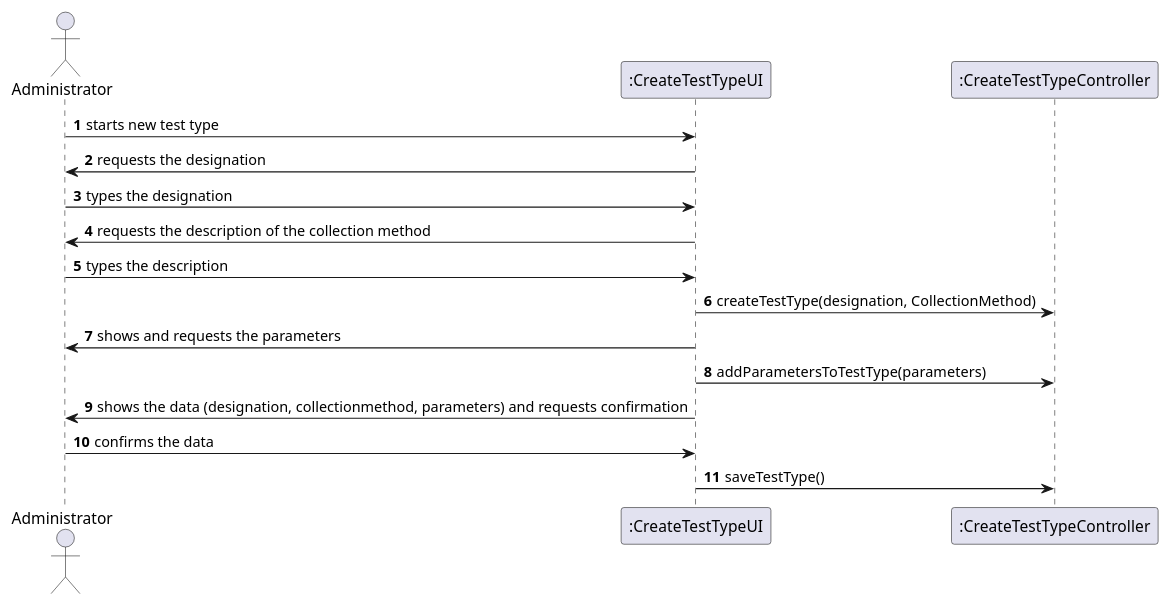
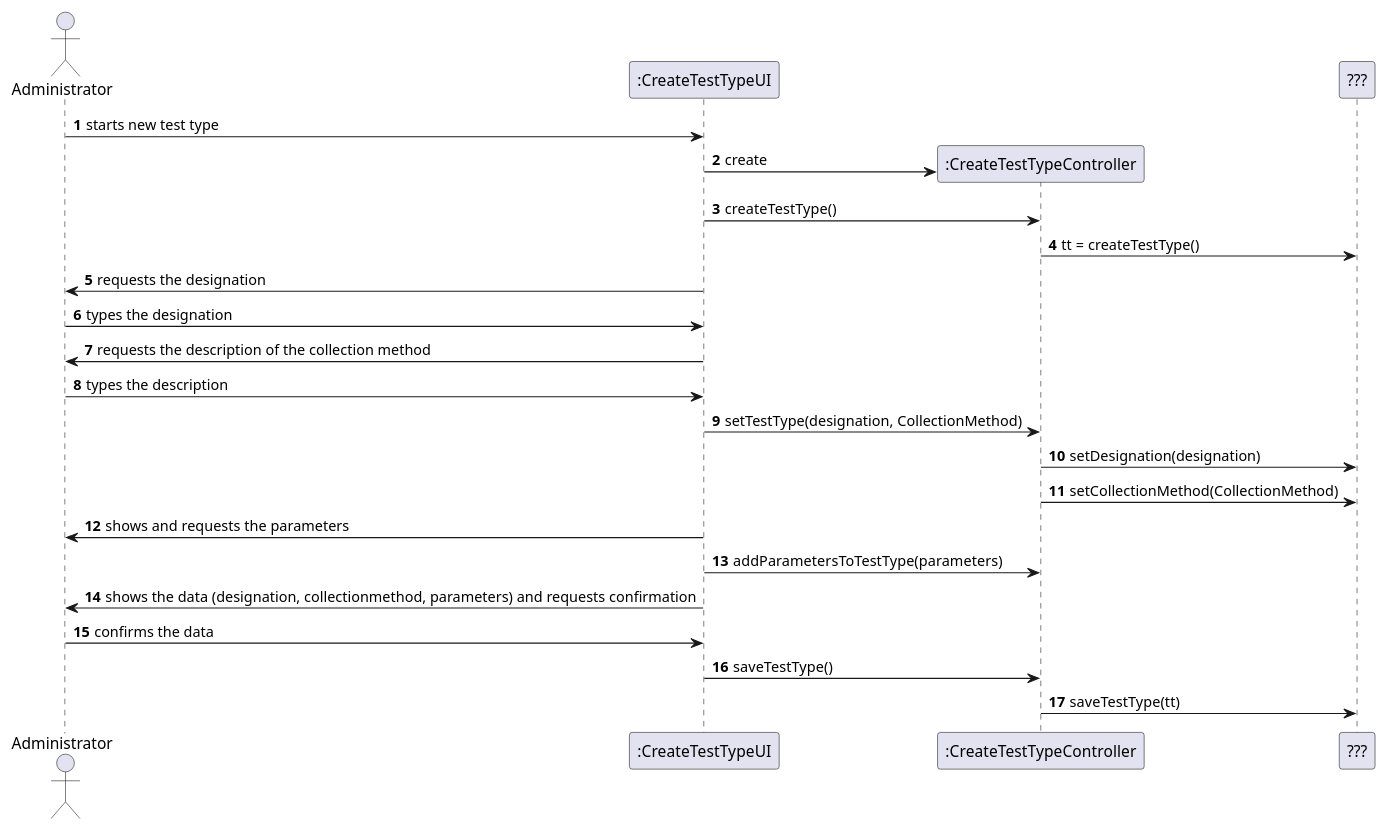
Before and after one commit to MadDinosaur/ISEP-LAPR2: the diagram in docs/SprintB/US9/US9_SD.puml, drawn with PlantUML. The commit also changed 1 other file, not shown here.

Commit message:
Made more changes to the domaind model and the sequence diagram.

```diff
--- a/docs/SprintB/US9/US9_SD.puml
+++ b/docs/SprintB/US9/US9_SD.puml
@@ -1,25 +1,36 @@
 @startuml
 
 
 autonumber
 
 actor Administrator
 
 Administrator -> ":CreateTestTypeUI": starts new test type
+create ":CreateTestTypeController"
+":CreateTestTypeUI" -> ":CreateTestTypeController": create
+":CreateTestTypeUI" -> ":CreateTestTypeController": createTestType()
+":CreateTestTypeController" -> "???": tt = createTestType()
+
 ":CreateTestTypeUI" -> Administrator: requests the designation
 Administrator -> ":CreateTestTypeUI": types the designation
 ":CreateTestTypeUI" -> Administrator: requests the description of the collection method
 Administrator -> ":CreateTestTypeUI": types the description
 
-":CreateTestTypeUI" -> ":CreateTestTypeController": createTestType(designation, CollectionMethod)
+":CreateTestTypeUI" -> ":CreateTestTypeController": setTestType(designation, CollectionMethod)
+":CreateTestTypeController" -> "???": setDesignation(designation)
+":CreateTestTypeController" -> "???": setCollectionMethod(CollectionMethod)
 
 ":CreateTestTypeUI" -> Administrator: shows and requests the parameters
 
 ":CreateTestTypeUI" -> ":CreateTestTypeController": addParametersToTestType(parameters)
 
 ":CreateTestTypeUI" -> Administrator: shows the data (designation, collectionmethod, parameters) and requests confirmation
 Administrator -> ":CreateTestTypeUI": confirms the data
 ":CreateTestTypeUI" -> ":CreateTestTypeController": saveTestType()
+":CreateTestTypeController" -> "???": saveTestType(tt)
+
+
+
 
 
 @enduml
```
